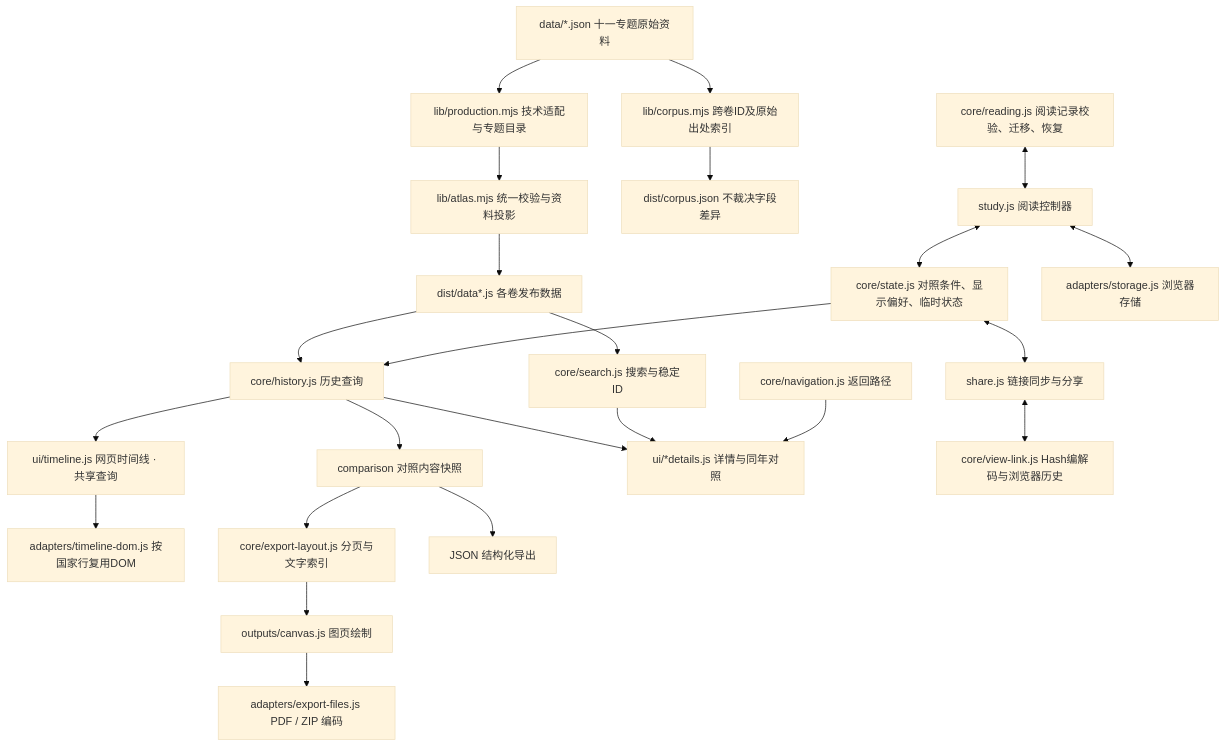
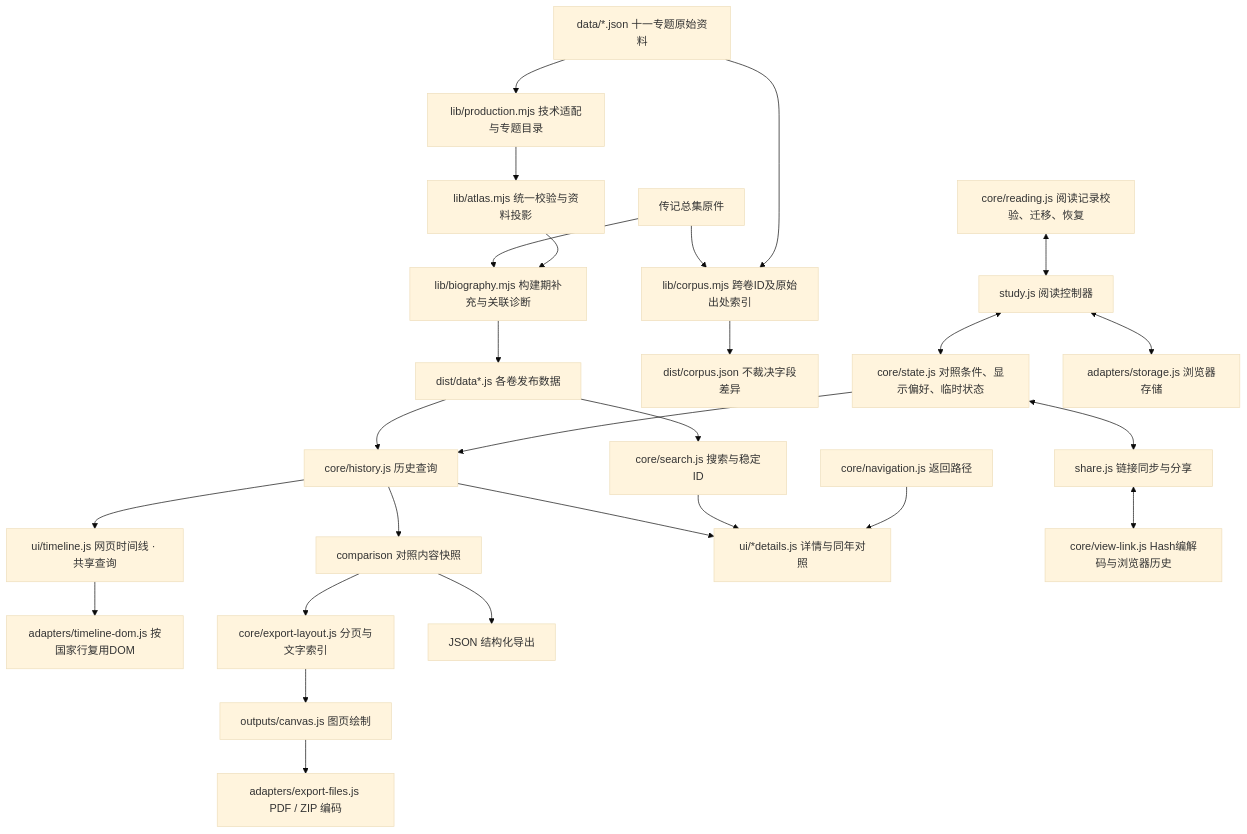
One commit to Chrunge/Chinese-Dynasty-Timeline changed the diagram in docs/ARCHITECTURE.md. Above: the diagram before and after it, drawn with Mermaid (base theme). The commit also changed other lines of this file and 33 other files, not shown here.

````diff
--- a/docs/ARCHITECTURE.md
+++ b/docs/ARCHITECTURE.md
@@ -5,26 +5,29 @@
 ```mermaid
 flowchart TB
   A["data/*.json 十一专题原始资料"] --> Q["lib/production.mjs 技术适配与专题目录"]
   Q --> B["lib/atlas.mjs 统一校验与资料投影"]
-  B --> C["dist/data*.js 各卷发布数据"]
+  BC --> C["dist/data*.js 各卷发布数据"]
+  BA["传记总集原件"] --> BC["lib/biography.mjs 构建期补充与关联诊断"]
+  B --> BC
+  BA --> I
   A --> I["lib/corpus.mjs 跨卷ID及原始出处索引"]
   I --> O["dist/corpus.json 不裁决字段差异"]
   C --> H["core/history.js 历史查询"]
   C --> S["core/search.js 搜索与稳定ID"]
   U["core/state.js 对照条件、显示偏好、临时状态"] --> H
   H --> M["comparison 对照内容快照"]
   H --> W["ui/timeline.js 网页时间线 · 共享查询"]
   W --> K["adapters/timeline-dom.js 按国家行复用DOM"]
   M --> E["core/export-layout.js 分页与文字索引"]
   M --> J["JSON 结构化导出"]
   E --> P["outputs/canvas.js 图页绘制"]
   P --> F["adapters/export-files.js PDF / ZIP 编码"]
   H --> D["ui/*details.js 详情与同年对照"]
   S --> D
   N["core/navigation.js 返回路径"] --> D
   R["core/reading.js 阅读记录校验、迁移、恢复"] <--> T["study.js 阅读控制器"]
   T <--> U
   T <--> L["adapters/storage.js 浏览器存储"]
   U <--> V["share.js 链接同步与分享"]
   V <--> X["core/view-link.js Hash编解码与浏览器历史"]
 ```
````
